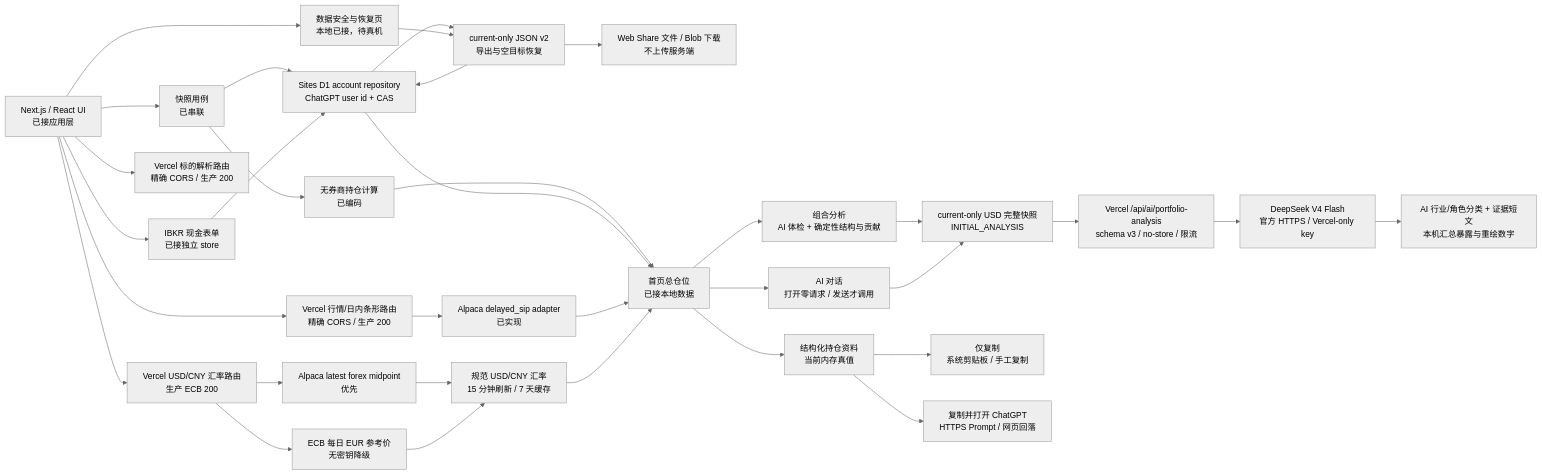
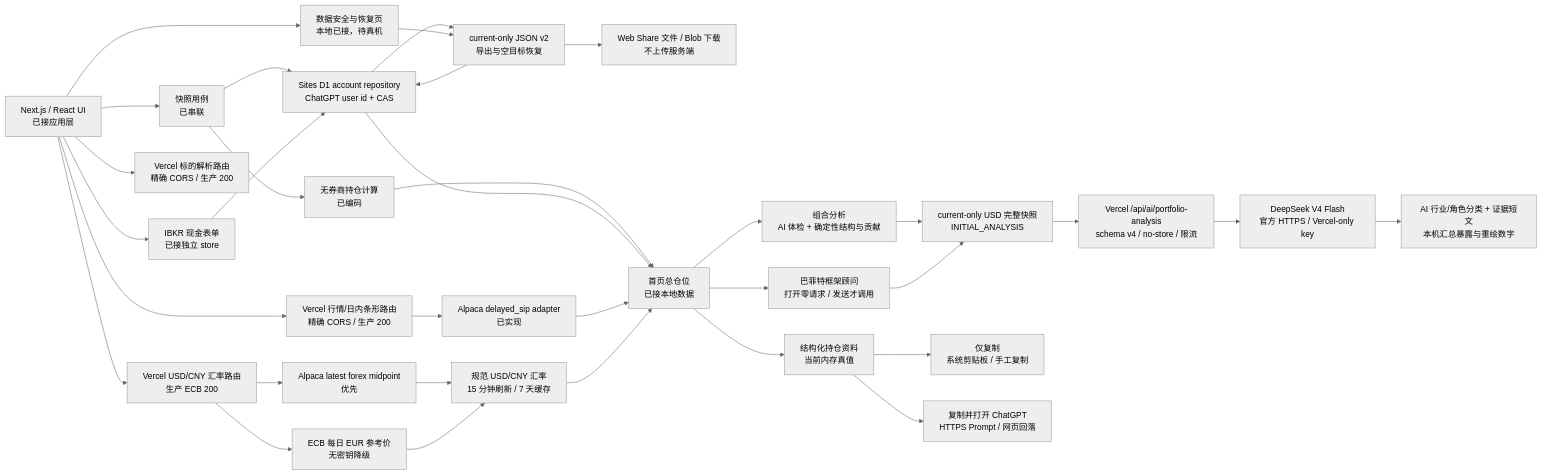
The diagram in docs/04-TECHNICAL-SPEC.md (Jeffreyliu0131/stock-portfolio), drawn with Mermaid (neutral theme) before and after one commit. The commit also changed other lines of this file and 36 other files, not shown here.

````diff
--- a/docs/04-TECHNICAL-SPEC.md
+++ b/docs/04-TECHNICAL-SPEC.md
@@ -253,35 +253,35 @@
 ```mermaid
 flowchart LR
   U["Next.js / React UI\n已接应用层"] --> A["快照用例\n已串联"]
   A --> D["无券商持仓计算\n已编码"]
   A --> I["Sites D1 account repository\nChatGPT user id + CAS"]
   U --> K["IBKR 现金表单\n已接独立 store"]
   K --> I
   U --> S["数据安全与恢复页\n本地已接，待真机"]
   I --> B["current-only JSON v2\n导出与空目标恢复"]
   S --> B
   B --> I
   B --> F["Web Share 文件 / Blob 下载\n不上传服务端"]
   V --> N["组合分析\nAI 体检 + 确定性结构与贡献"]
-  V --> CH["AI 对话\n打开零请求 / 发送才调用"]
+  V --> CH["巴菲特框架顾问\n打开零请求 / 发送才调用"]
   N --> AF["current-only USD 完整快照\nINITIAL_ANALYSIS"]
   CH --> AF
-  AF --> AR["Vercel /api/ai/portfolio-analysis\nschema v3 / no-store / 限流"]
+  AF --> AR["Vercel /api/ai/portfolio-analysis\nschema v4 / no-store / 限流"]
   AR --> DS["DeepSeek V4 Flash\n官方 HTTPS / Vercel-only key"]
   DS --> EV["AI 行业/角色分类 + 证据短文\n本机汇总暴露与重绘数字"]
   V --> C["结构化持仓资料\n当前内存真值"]
   C --> X["仅复制\n系统剪贴板 / 手工复制"]
   C --> T["复制并打开 ChatGPT\nHTTPS Prompt / 网页回落"]
   U --> R["Vercel 标的解析路由\n精确 CORS / 生产 200"]
   U --> Q["Vercel 行情/日内条形路由\n精确 CORS / 生产 200"]
   Q --> P["Alpaca delayed_sip adapter\n已实现"]
   U --> G["Vercel USD/CNY 汇率路由\n生产 ECB 200"]
   G --> H["Alpaca latest forex midpoint\n优先"]
   G --> E["ECB 每日 EUR 参考价\n无密钥降级"]
   H --> W["规范 USD/CNY 汇率\n15 分钟刷新 / 7 天缓存"]
   E --> W
   D --> V["首页总仓位\n已接本地数据"]
   I --> V
   P --> V
   W --> V
 ```
````
